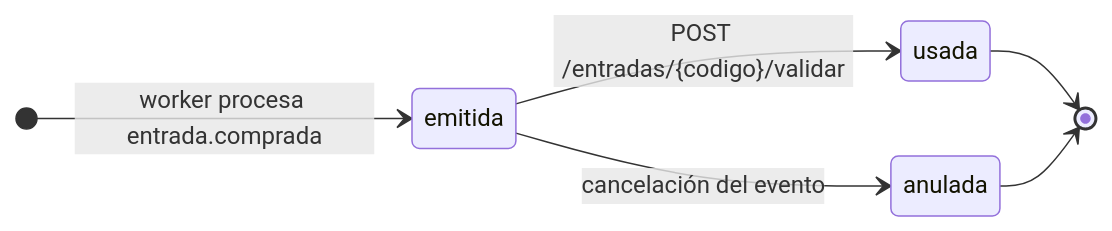
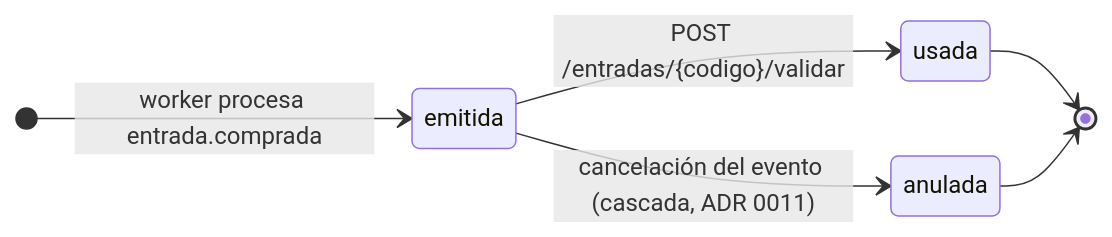
One commit to Juan-C-Ceballos/iaew-eventos-entradas changed the fourth of 4 diagrams in docs/modelo-datos.md. Above: the diagram before and after it, drawn with Mermaid. The commit also changed other lines of this file and 23 other files, not shown here.

````diff
--- a/docs/modelo-datos.md
+++ b/docs/modelo-datos.md
@@ -137,9 +159,9 @@
 ```mermaid
 stateDiagram-v2
   direction LR
   [*] --> emitida: worker procesa entrada.comprada
   emitida --> usada: POST /entradas/{codigo}/validar
-  emitida --> anulada: cancelación del evento
+  emitida --> anulada: cancelación del evento (cascada, ADR 0011)
   usada --> [*]
   anulada --> [*]
 ```
````
